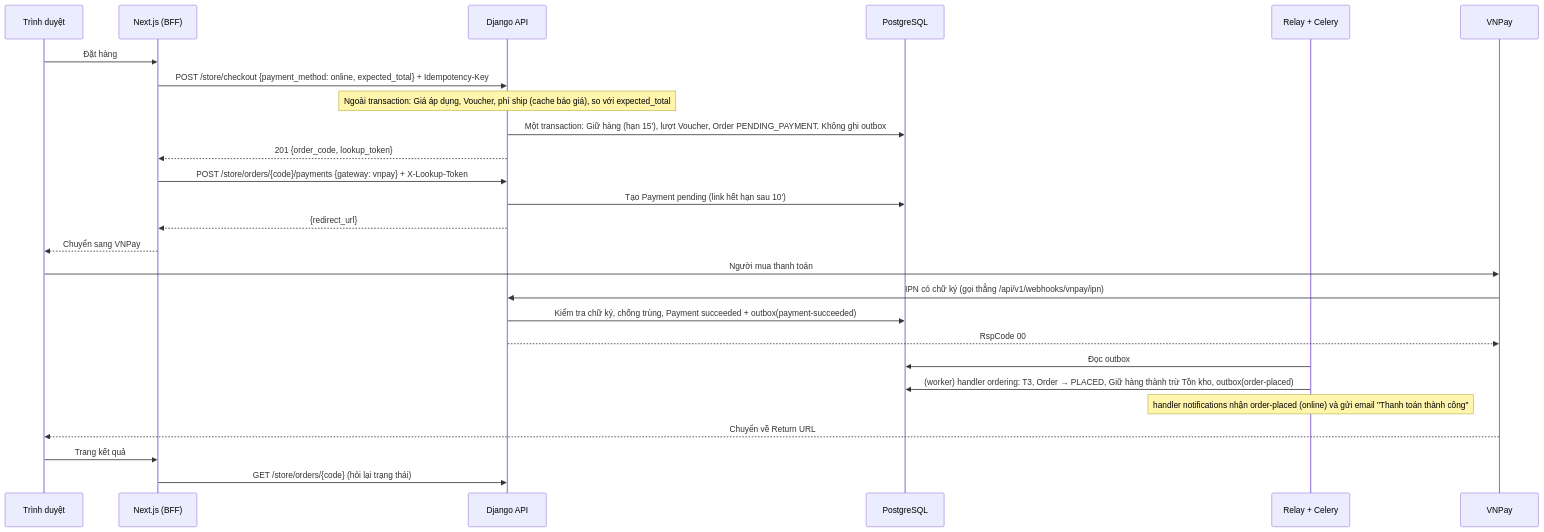
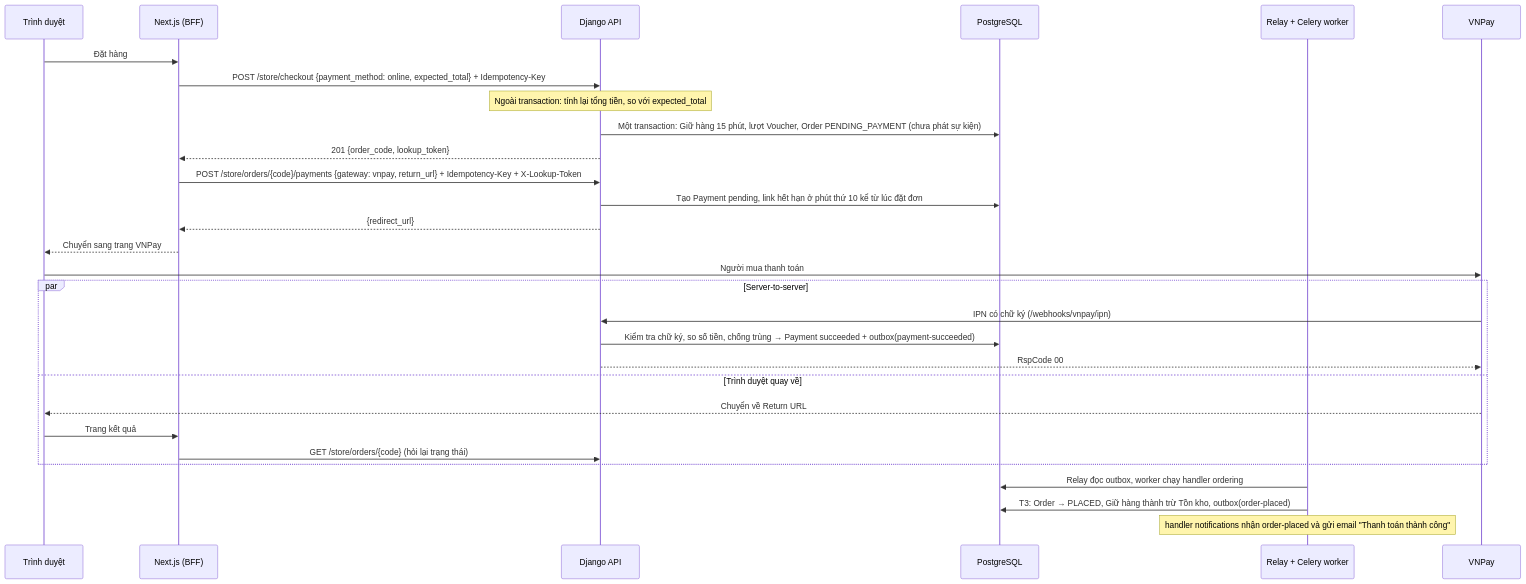
Before and after one commit to LuongCongThanh/boilerplate-ecommerce-next-16: the fourth of 4 diagrams in docs/architecture/01-system-context.md, drawn with Mermaid. The commit also changed other lines of this file and 2 other files, not shown here.

First line of the commit message:
docs: clarify system context and relay deployment

````diff
--- a/docs/architecture/01-system-context.md
+++ b/docs/architecture/01-system-context.md
@@ -122,29 +133,32 @@
 ```mermaid
 sequenceDiagram
     participant B as Trình duyệt
     participant N as Next.js (BFF)
     participant API as Django API
     participant DB as PostgreSQL
-    participant R as Relay + Celery
+    participant R as Relay + Celery worker
     participant V as VNPay
 
     B->>N: Đặt hàng
     N->>API: POST /store/checkout {payment_method: online, expected_total} + Idempotency-Key
-    Note over API: Ngoài transaction: Giá áp dụng, Voucher, phí ship (cache báo giá), so với expected_total
-    API->>DB: Một transaction: Giữ hàng (hạn 15'), lượt Voucher, Order PENDING_PAYMENT. Không ghi outbox
+    Note over API: Ngoài transaction: tính lại tổng tiền, so với expected_total
+    API->>DB: Một transaction: Giữ hàng 15 phút, lượt Voucher, Order PENDING_PAYMENT (chưa phát sự kiện)
     API-->>N: 201 {order_code, lookup_token}
-    N->>API: POST /store/orders/{code}/payments {gateway: vnpay} + X-Lookup-Token
-    API->>DB: Tạo Payment pending (link hết hạn sau 10')
+    N->>API: POST /store/orders/{code}/payments {gateway: vnpay, return_url} + Idempotency-Key + X-Lookup-Token
+    API->>DB: Tạo Payment pending, link hết hạn ở phút thứ 10 kể từ lúc đặt đơn
     API-->>N: {redirect_url}
-    N-->>B: Chuyển sang VNPay
+    N-->>B: Chuyển sang trang VNPay
     B->>V: Người mua thanh toán
-    V->>API: IPN có chữ ký (gọi thẳng /api/v1/webhooks/vnpay/ipn)
-    API->>DB: Kiểm tra chữ ký, chống trùng, Payment succeeded + outbox(payment-succeeded)
-    API-->>V: RspCode 00
-    R->>DB: Đọc outbox
-    R->>DB: (worker) handler ordering: T3, Order → PLACED, Giữ hàng thành trừ Tồn kho, outbox(order-placed)
-    Note over R: handler notifications nhận order-placed (online) và gửi email "Thanh toán thành công"
-    V-->>B: Chuyển về Return URL
-    B->>N: Trang kết quả
-    N->>API: GET /store/orders/{code} (hỏi lại trạng thái)
+    par Server-to-server
+        V->>API: IPN có chữ ký (/webhooks/vnpay/ipn)
+        API->>DB: Kiểm tra chữ ký, so số tiền, chống trùng → Payment succeeded + outbox(payment-succeeded)
+        API-->>V: RspCode 00
+    and Trình duyệt quay về
+        V-->>B: Chuyển về Return URL
+        B->>N: Trang kết quả
+        N->>API: GET /store/orders/{code} (hỏi lại trạng thái)
+    end
+    R->>DB: Relay đọc outbox, worker chạy handler ordering
+    R->>DB: T3: Order → PLACED, Giữ hàng thành trừ Tồn kho, outbox(order-placed)
+    Note over R: handler notifications nhận order-placed và gửi email "Thanh toán thành công"
 ```
````
